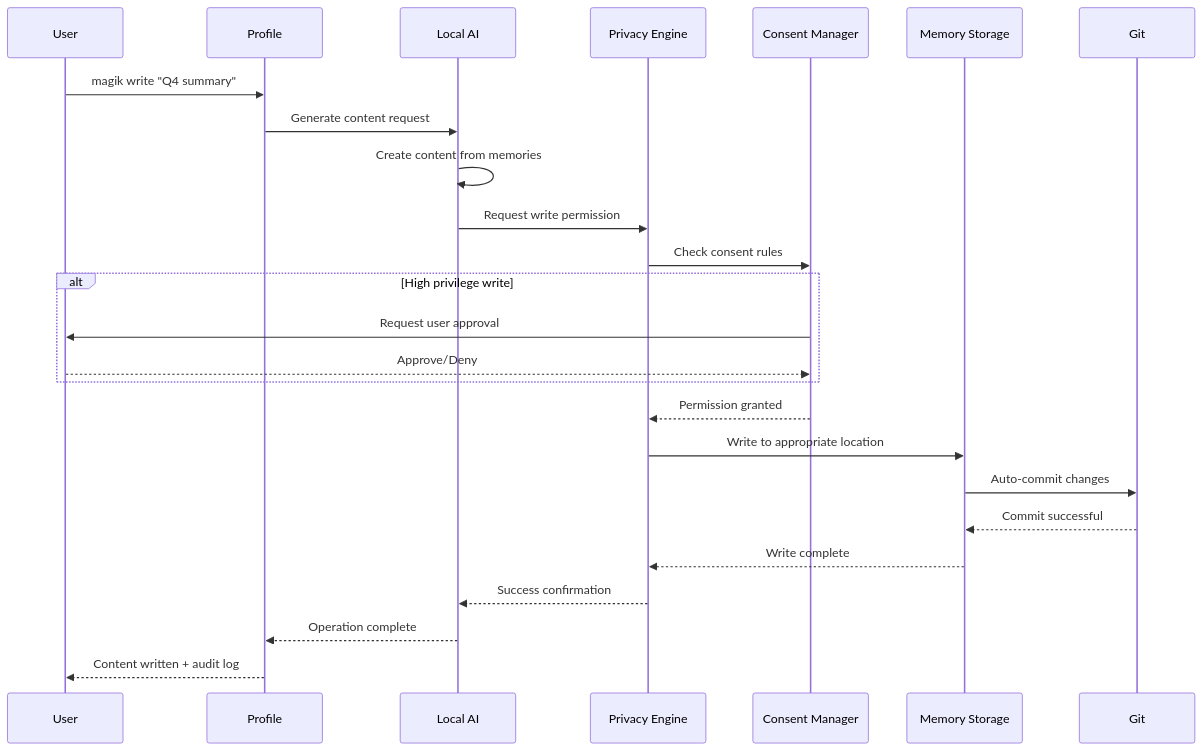
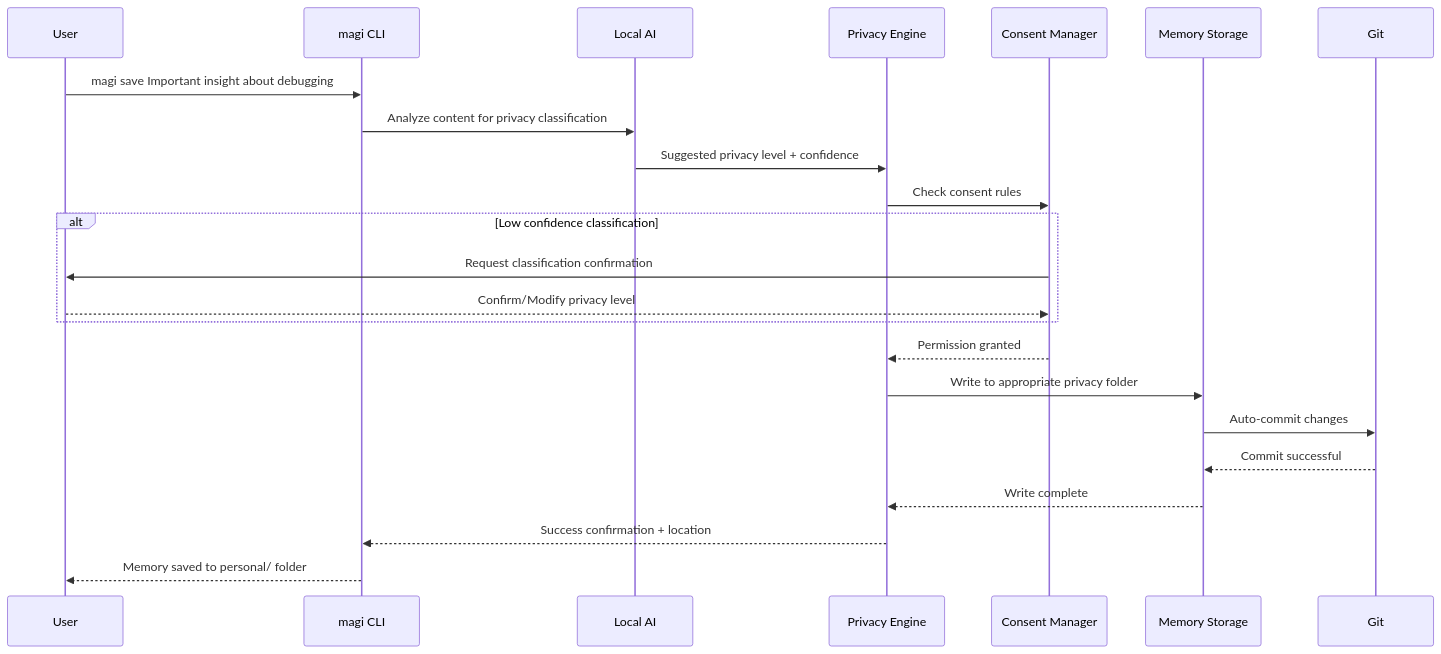
Before and after one commit to dossant-llc/magi: the fifth of 9 diagrams in docs/architecture/ARCHITECTURE_SUMMARY.md, drawn with Mermaid. The commit also changed other lines of this file and 7 other files, not shown here.

First line of the commit message:
docs: Update architecture documentation and project metadata

````diff
--- a/docs/architecture/ARCHITECTURE_SUMMARY.md
+++ b/docs/architecture/ARCHITECTURE_SUMMARY.md
@@ -318,28 +230,26 @@
 ```mermaid
 sequenceDiagram
     participant U as User
-    participant PROFILE as Profile
+    participant CLI as magi CLI
     participant AI as Local AI
     participant PE as Privacy Engine
     participant CM as Consent Manager
     participant MEM as Memory Storage
     participant GIT as Git
-    
-    U->>PROFILE: magik write "Q4 summary"
-    PROFILE->>AI: Generate content request
-    AI->>AI: Create content from memories
-    AI->>PE: Request write permission
+
+    U->>CLI: magi save Important insight about debugging
+    CLI->>AI: Analyze content for privacy classification
+    AI->>PE: Suggested privacy level + confidence
     PE->>CM: Check consent rules
-    alt High privilege write
-        CM->>U: Request user approval
-        U-->>CM: Approve/Deny
+    alt Low confidence classification
+        CM->>U: Request classification confirmation
+        U-->>CM: Confirm/Modify privacy level
     end
     CM-->>PE: Permission granted
-    PE->>MEM: Write to appropriate location
+    PE->>MEM: Write to appropriate privacy folder
     MEM->>GIT: Auto-commit changes
     GIT-->>MEM: Commit successful
     MEM-->>PE: Write complete
-    PE-->>AI: Success confirmation
-    AI-->>PROFILE: Operation complete
-    PROFILE-->>U: Content written + audit log
+    PE-->>CLI: Success confirmation + location
+    CLI-->>U: Memory saved to personal/ folder
 ```
````
